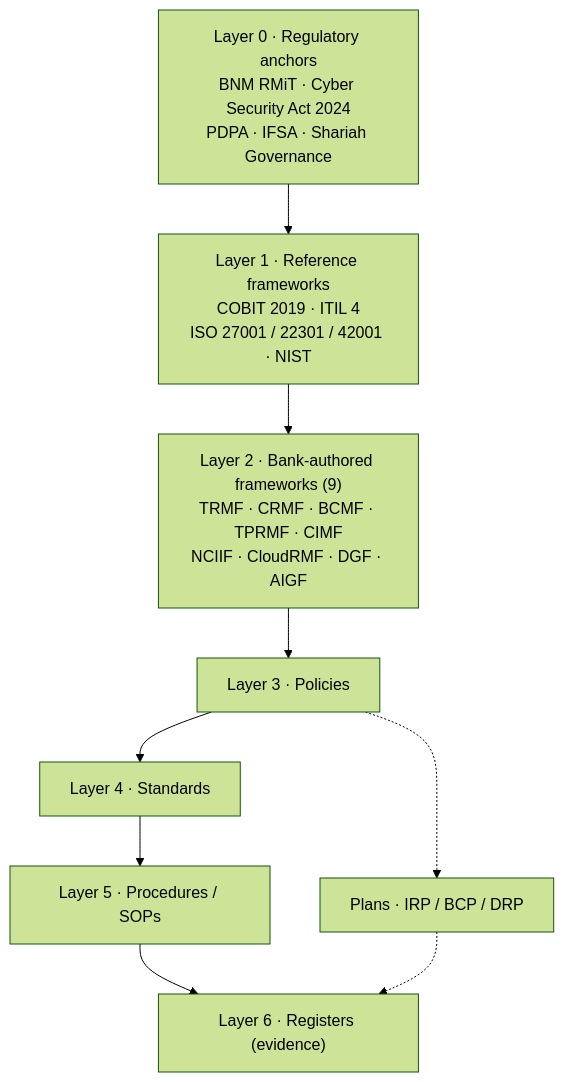
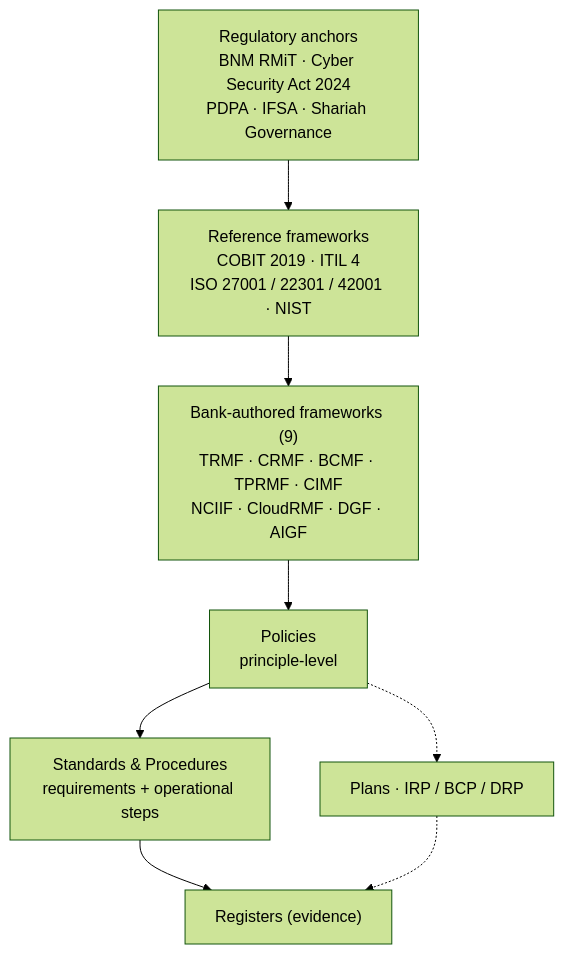
Before and after one commit to dawuds/documentation: the diagram in README.md, drawn with Mermaid (forest theme). The commit also changed other lines of this file and 1 other file, not shown here.

Commit message:
Present Standards & Procedures as one layer (conceptual combine)
Per decision to combine standards and procedures conceptually while
keeping the files in their two folders:

- README architecture diagram: merged the Standards and Procedures
  nodes into a single "Standards & Procedures" node; dropped the
  "Layer N" prefixes for a cleaner picture
- README: added a note explaining Standards & Procedures is one layer
  maintained across two folders (03-standards/ + 04-procedures/)
- README "Navigate by document type": combined the two rows into one
  "Standards & Procedures" entry pointing to both folders
- README worked example: grouped STD-AC-01 + SOP-AC-01 under one
  "Standards & Procedures" row
- README build status: reflects the combined layer (54 standards-and-
  procedures documents)
- 00-architecture/architecture.md: merged the cascade-layer diagram
  node; merged the Section 5 cascade table rows; added a note that the
  layer holds both standards (CISO/function-head approved) and
  procedures (process-owner approved) across two folders

Files in 03-standards/ and 04-procedures/ are unchanged — this is the
conceptual (presentation-level) combine, not a physical merge.

````diff
--- a/README.md
+++ b/README.md
@@ -13,14 +15,13 @@
 ```mermaid
 flowchart TB
-    L0["Layer 0 · Regulatory anchors<br/>BNM RMiT · Cyber Security Act 2024<br/>PDPA · IFSA · Shariah Governance"]
-    L1["Layer 1 · Reference frameworks<br/>COBIT 2019 · ITIL 4<br/>ISO 27001 / 22301 / 42001 · NIST"]
-    L2["Layer 2 · Bank-authored frameworks (9)<br/>TRMF · CRMF · BCMF · TPRMF · CIMF<br/>NCIIF · CloudRMF · DGF · AIGF"]
-    L3["Layer 3 · Policies"]
-    L4["Layer 4 · Standards"]
-    L5["Layer 5 · Procedures / SOPs"]
+    L0["Regulatory anchors<br/>BNM RMiT · Cyber Security Act 2024<br/>PDPA · IFSA · Shariah Governance"]
+    L1["Reference frameworks<br/>COBIT 2019 · ITIL 4<br/>ISO 27001 / 22301 / 42001 · NIST"]
+    L2["Bank-authored frameworks (9)<br/>TRMF · CRMF · BCMF · TPRMF · CIMF<br/>NCIIF · CloudRMF · DGF · AIGF"]
+    L3["Policies<br/>principle-level"]
+    L4["Standards & Procedures<br/>requirements + operational steps"]
     PL["Plans · IRP / BCP / DRP"]
-    L6["Layer 6 · Registers (evidence)"]
+    L6["Registers (evidence)"]
 
-    L0 --> L1 --> L2 --> L3 --> L4 --> L5 --> L6
+    L0 --> L1 --> L2 --> L3 --> L4 --> L6
     L3 -.-> PL -.-> L6
 ```
````
